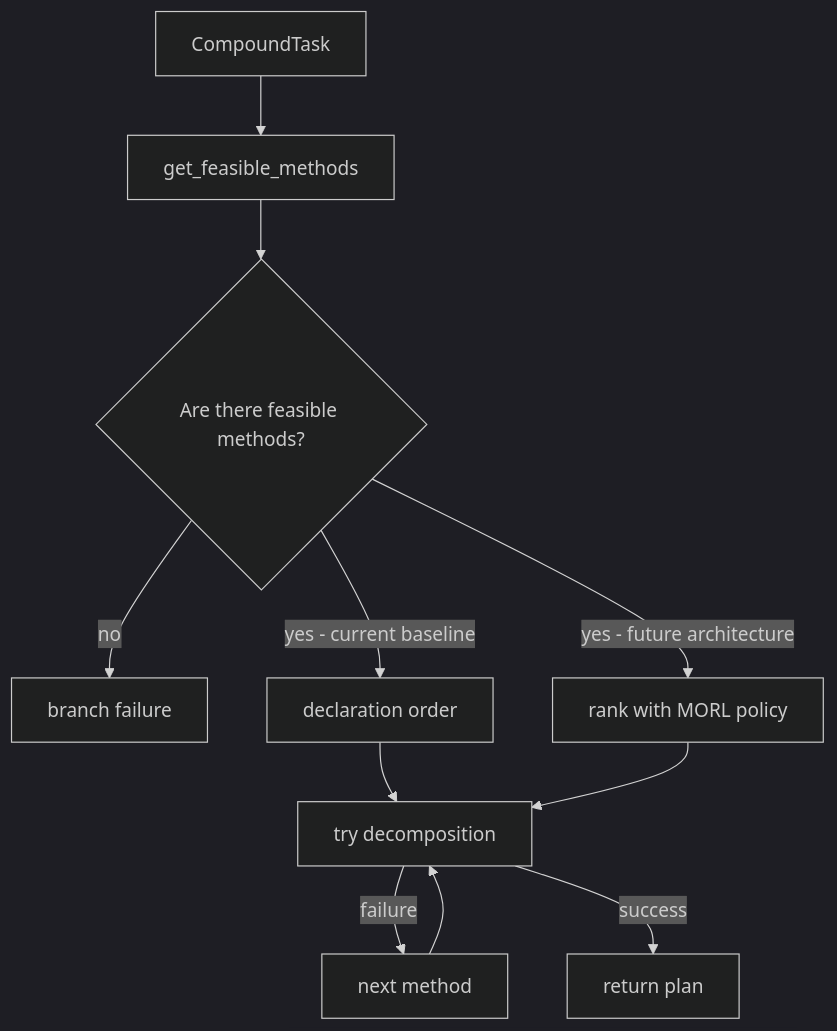
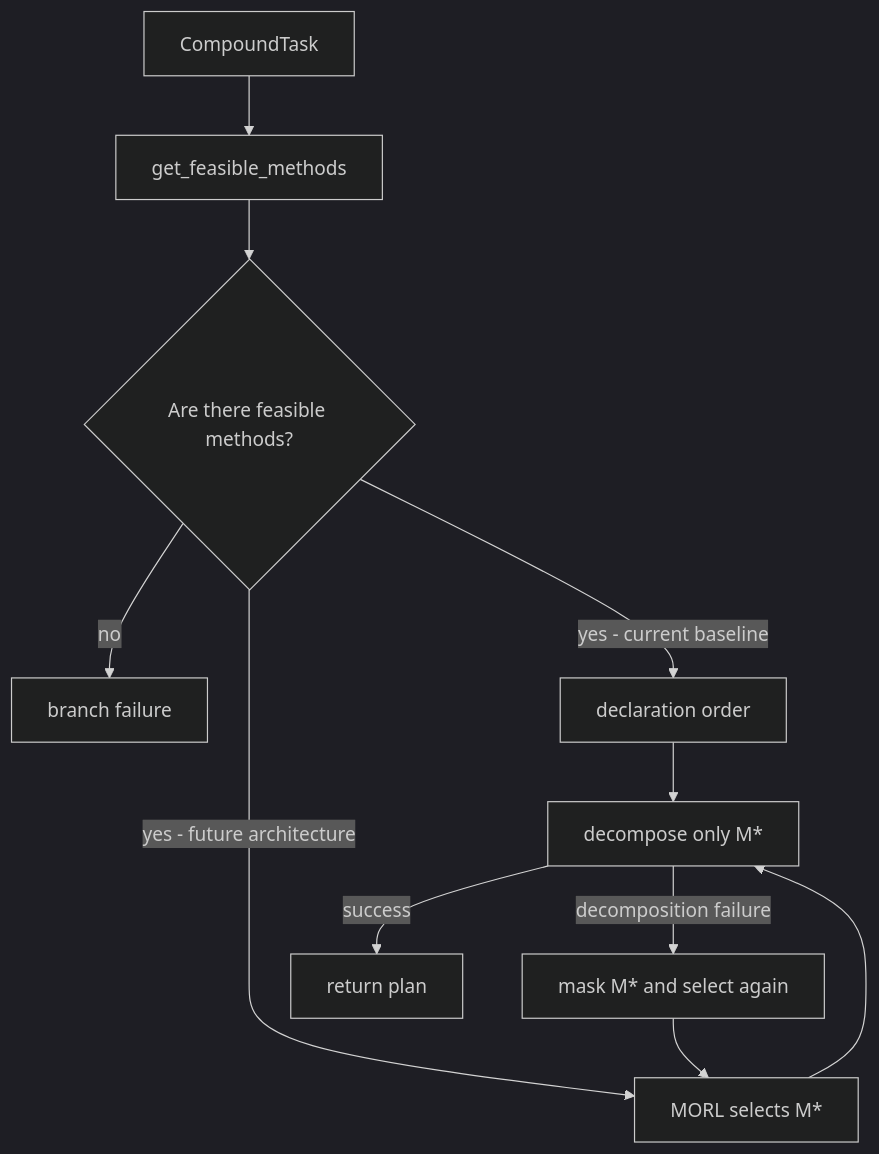
Before and after one commit to AndersonGACFilho/htn-goap-morl-agent: the second of 2 diagrams in docs/architecture/symbolic-morl.md, drawn with Mermaid (dark theme). The commit also changed other lines of this file and 14 other files, not shown here.

First line of the commit message:
docs(architecture): clarify MORL direct selection and fallback

````diff
--- a/docs/architecture/symbolic-morl.md
+++ b/docs/architecture/symbolic-morl.md
@@ -68,13 +67,13 @@
 ```mermaid
 flowchart TD
     A[CompoundTask] --> B[get_feasible_methods]
     B --> C{Are there feasible methods?}
     C -->|no| X[branch failure]
     C -->|yes - current baseline| O[declaration order]
-    C -->|yes - future architecture| Q[rank with MORL policy]
+    C -->|yes - future architecture| Q[MORL selects M*]
     O --> T[try decomposition]
-    Q --> T
-    T -->|failure| N[next method]
-    N --> T
+    Q --> T[decompose only M*]
+    T -->|decomposition failure| N[mask M* and select again]
+    N --> Q
     T -->|success| P[return plan]
 ```
````
